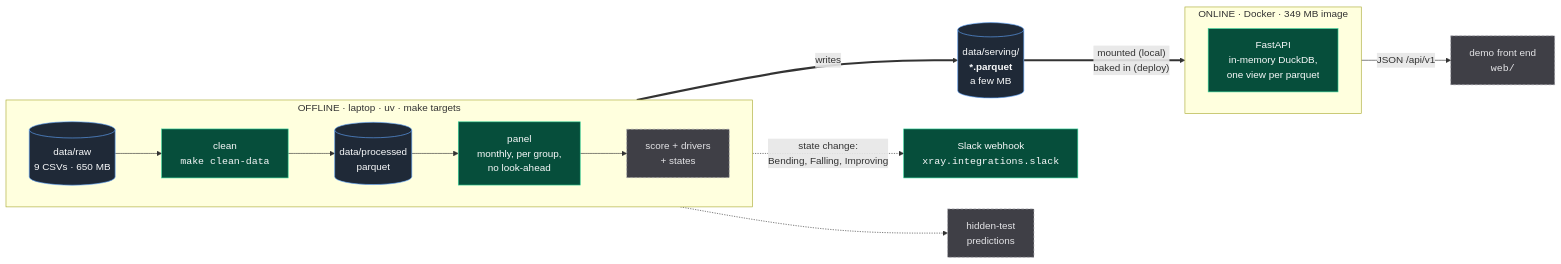
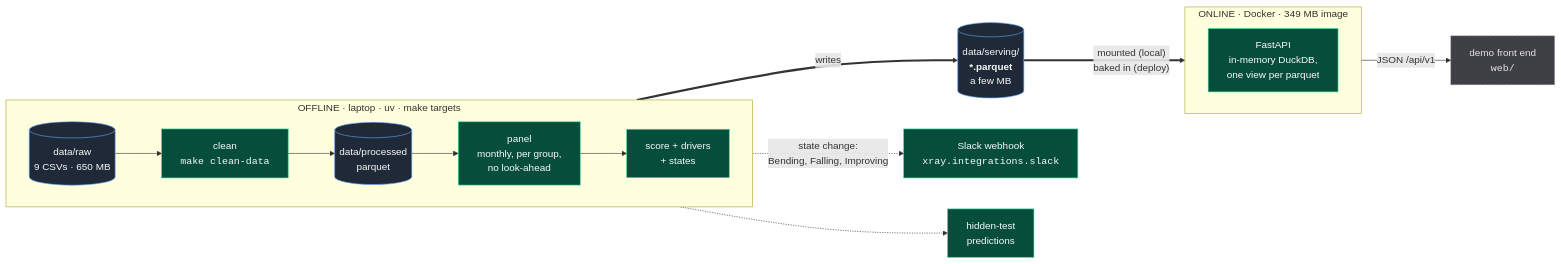
One commit to felipemagr/hackspain changed the first of 3 diagrams in docs/infra.md. Above: the diagram before and after it, drawn with Mermaid. The commit also changed other lines of this file and 30 other files, not shown here.

````diff
--- a/docs/infra.md
+++ b/docs/infra.md
@@ -9,32 +9,32 @@
 ```mermaid
 flowchart LR
     subgraph OFF["OFFLINE · laptop · uv · make targets"]
         direction LR
         RAW[("data/raw<br/>9 CSVs · 650 MB")]
         CLEAN["clean<br/><code>make clean-data</code>"]
         PROC[("data/processed<br/>parquet")]
         FEAT["panel<br/>monthly, per group,<br/>no look-ahead"]
         SCORE["score + drivers<br/>+ states"]
         RAW --> CLEAN --> PROC --> FEAT --> SCORE
     end
 
     SERV[("data/serving/<br/><b>*.parquet</b><br/>a few MB")]
     SCORE ==>|writes| SERV
 
     subgraph ON["ONLINE · Docker · 349 MB image"]
         direction LR
         API["FastAPI<br/>in-memory DuckDB,<br/>one view per parquet"]
     end
 
     SERV ==>|"mounted (local)<br/>baked in (deploy)"| API
     API -->|JSON /api/v1| FRONT["demo front end<br/><code>web/</code>"]
     SCORE -.->|"state change:<br/>Bending, Falling, Improving"| SLACK["Slack webhook<br/><code>xray.integrations.slack</code>"]
     SCORE -.-> SUB["hidden-test<br/>predictions"]
 
     classDef store fill:#1f2937,stroke:#60a5fa,color:#f9fafb
     classDef built fill:#064e3b,stroke:#34d399,color:#f9fafb
     classDef todo fill:#3f3f46,stroke:#a1a1aa,color:#e4e4e7,stroke-dasharray:4 3
     class RAW,PROC,SERV store
-    class CLEAN,FEAT,API,SLACK built
-    class SCORE,FRONT,SUB todo
+    class CLEAN,FEAT,SCORE,SUB,API,SLACK built
+    class FRONT todo
 ```
````
